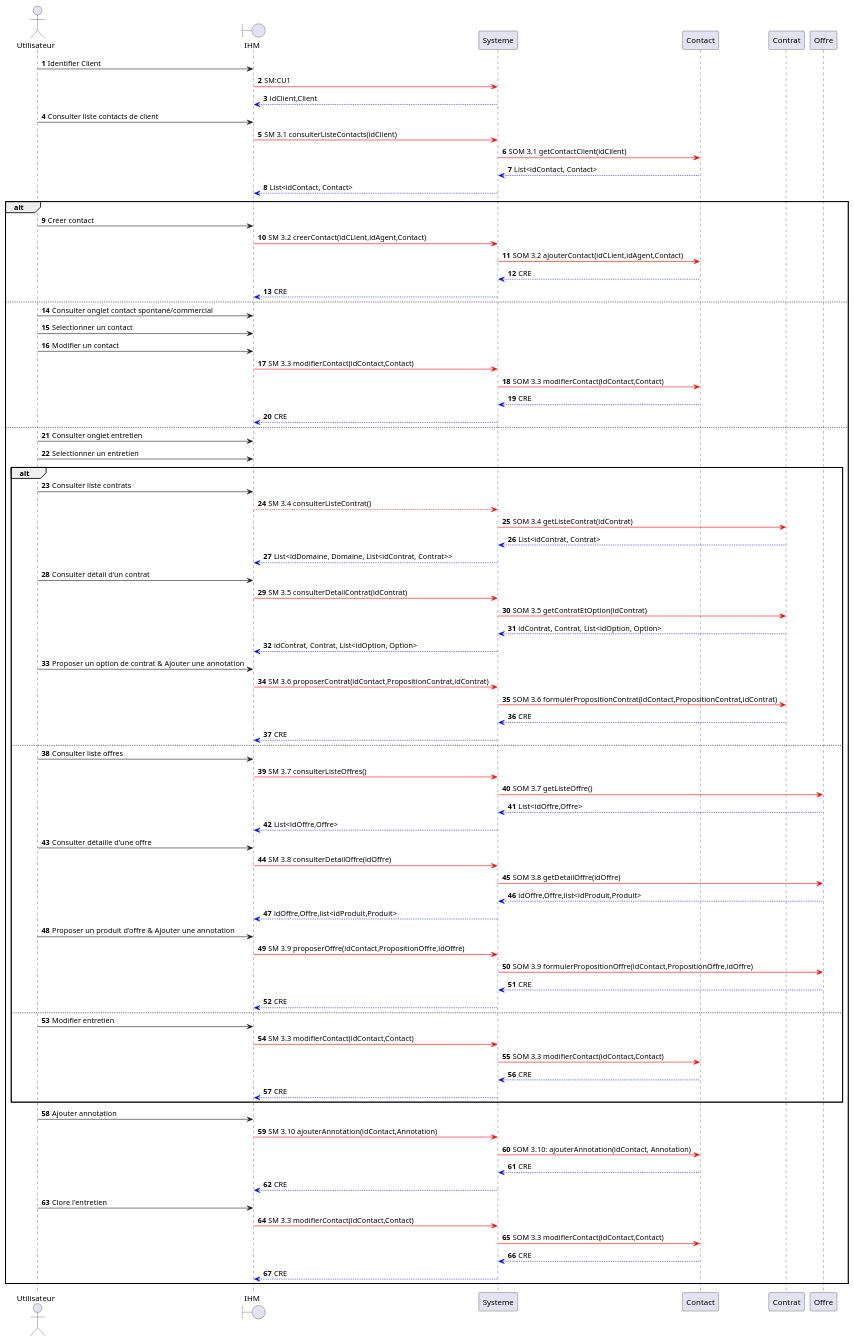
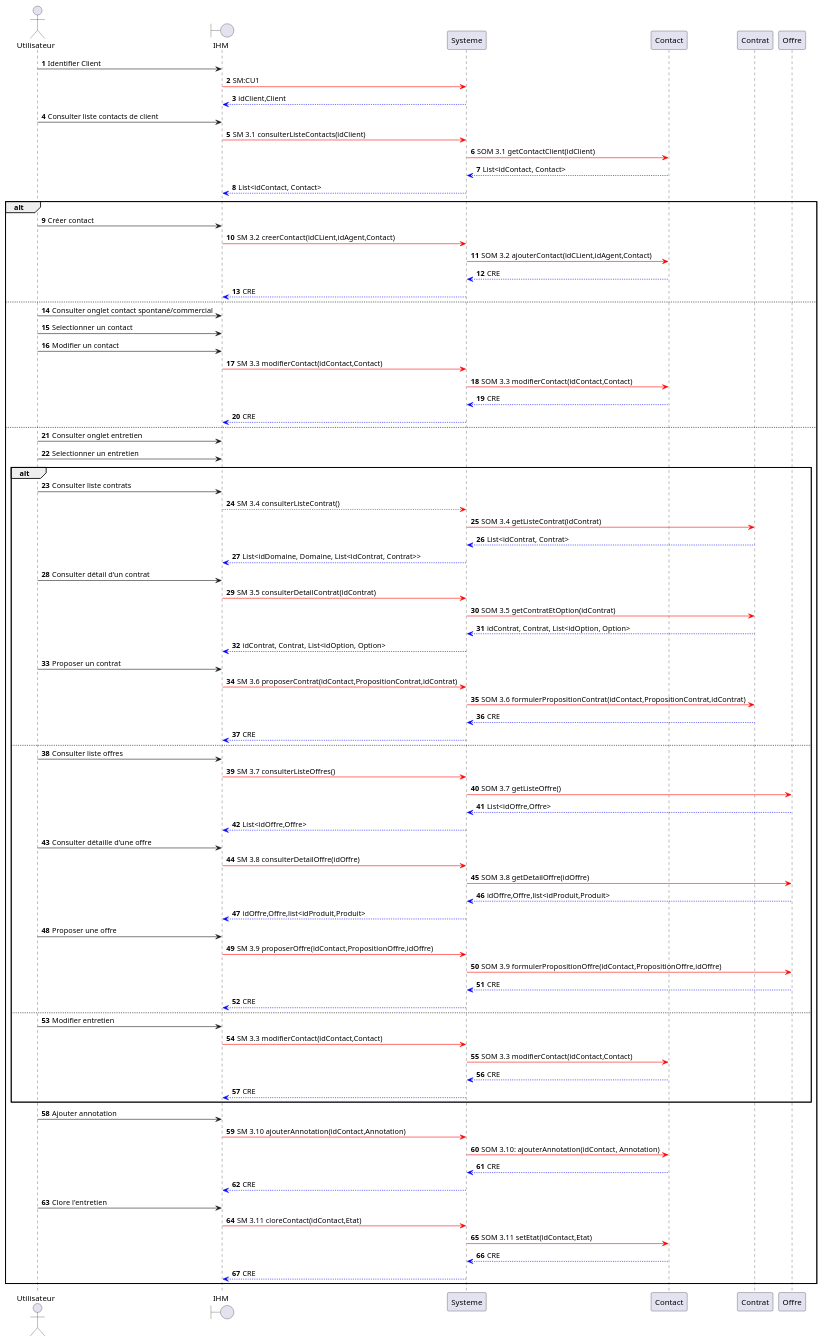
Before and after one commit to HZjiadong/PLD-MARS: the diagram in src/documentation/CU3-DSD.puml, drawn with PlantUML. The commit also changed 2 other files, not shown here.

```diff
--- a/src/documentation/CU3-DSD.puml
+++ b/src/documentation/CU3-DSD.puml
@@ -1,96 +1,96 @@
 @startuml
 actor Utilisateur as U
 boundary IHM as I
 participant Systeme as S
 participant Contact as C
 participant Contrat as CON
 participant Offre as O
 
 autonumber
 
 U->I: Identifier Client
 I-[#red]>S: SM:CU1
 S-[#0000FF]->I: idClient,Client
 
 U->I: Consulter liste contacts de client
 I-[#red]>S: SM 3.1 consulterListeContacts(idClient)
 S-[#red]>C: SOM 3.1 getContactClient(idClient)
 C-[#0000FF]->S: List<idContact, Contact>
 S-[#0000FF]->I: List<idContact, Contact>
 
 alt
     U->I: Créer contact
     I-[#red]>S: SM 3.2 creerContact(idCLient,idAgent,Contact)
     S-[#red]>C: SOM 3.2 ajouterContact(idCLient,idAgent,Contact)
     C-[#0000FF]->S: CRE
     S-[#0000FF]->I: CRE
 else
     U->I: Consulter onglet contact spontané/commercial
     U->I: Selectionner un contact
     U->I: Modifier un contact
     I-[#red]>S: SM 3.3 modifierContact(idContact,Contact)
     S-[#red]>C: SOM 3.3 modifierContact(idContact,Contact)
     C-[#0000FF]->S: CRE
     S-[#0000FF]->I: CRE
 else
     U->I: Consulter onglet entretien
     U->I: Selectionner un entretien
     alt
         U->I: Consulter liste contrats
         I--[#red]>S: SM 3.4 consulterListeContrat()
         S-[#red]>CON: SOM 3.4 getListeContrat(idContrat)
         CON-[#0000FF]->S: List<idContrat, Contrat>
         S-[#0000FF]->I: List<idDomaine, Domaine, List<idContrat, Contrat>>
 
 
 
         U->I: Consulter détail d'un contrat
         I-[#red]>S: SM 3.5 consulterDetailContrat(idContrat)
         S -[#red]> CON : SOM 3.5 getContratEtOption(idContrat)
         CON -[#0000FF]-> S : idContrat, Contrat, List<idOption, Option>
         S -[#0000FF]-> I: idContrat, Contrat, List<idOption, Option>
 
-        U->I: Proposer un option de contrat & Ajouter une annotation
+        U->I: Proposer un contrat
         I-[#red]>S: SM 3.6 proposerContrat(idContact,PropositionContrat,idContrat)
         S-[#red]>CON: SOM 3.6 formulerPropositionContrat(idContact,PropositionContrat,idContrat)
         CON-[#0000FF]->S: CRE
         S-[#0000FF]->I: CRE
     else
         U->I: Consulter liste offres
         I-[#red]>S: SM 3.7 consulterListeOffres()
         S-[#red]>O: SOM 3.7 getListeOffre()
         O-[#0000FF]->S: List<idOffre,Offre>
         S-[#0000FF]->I: List<idOffre,Offre>
 
         U->I: Consulter détaille d'une offre
         I-[#red]>S: SM 3.8 consulterDetailOffre(idOffre)
         S -[#red]> O : SOM 3.8 getDetailOffre(idOffre)
         O -[#0000FF]-> S : idOffre,Offre,list<idProduit,Produit>
         S-[#0000FF]->I: idOffre,Offre,list<idProduit,Produit>
 
-        U->I: Proposer un produit d'offre & Ajouter une annotation
+        U->I: Proposer une offre
         I-[#red]>S: SM 3.9 proposerOffre(idContact,PropositionOffre,idOffre)
         S-[#red]>O: SOM 3.9 formulerPropositionOffre(idContact,PropositionOffre,idOffre)
         O-[#0000FF]->S: CRE
         S-[#0000FF]->I: CRE
     else
         U->I: Modifier entretien
         I-[#red]>S: SM 3.3 modifierContact(idContact,Contact)
         S-[#red]>C: SOM 3.3 modifierContact(idContact,Contact)
         C-[#0000FF]->S: CRE
         S-[#0000FF]->I: CRE
     end
     U->I: Ajouter annotation
     I-[#red]>S: SM 3.10 ajouterAnnotation(idContact,Annotation)
     S-[#red]>C: SOM 3.10: ajouterAnnotation(idContact, Annotation)
     C-[#0000FF]->S:CRE
     S-[#0000FF]->I: CRE
 
     U->I: Clore l'entretien
-    I-[#red]>S: SM 3.3 modifierContact(idContact,Contact)
-    S-[#red]>C: SOM 3.3 modifierContact(idContact,Contact)
+    I-[#red]>S: SM 3.11 cloreContact(idContact,Etat)
+    S-[#red]>C: SOM 3.11 setEtat(idContact,Etat)
     C-[#0000FF]->S: CRE
     S-[#0000FF]->I: CRE
 end
 
 @enduml
```
